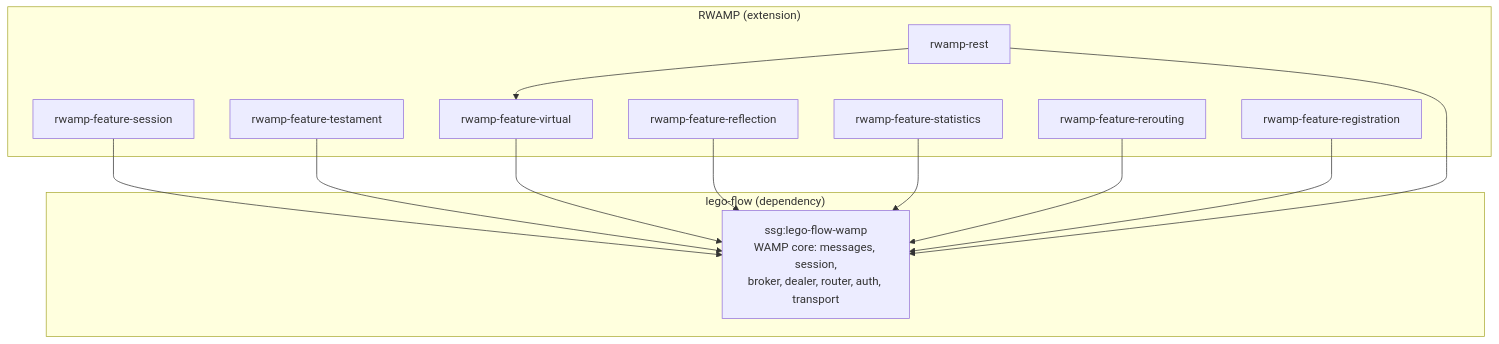
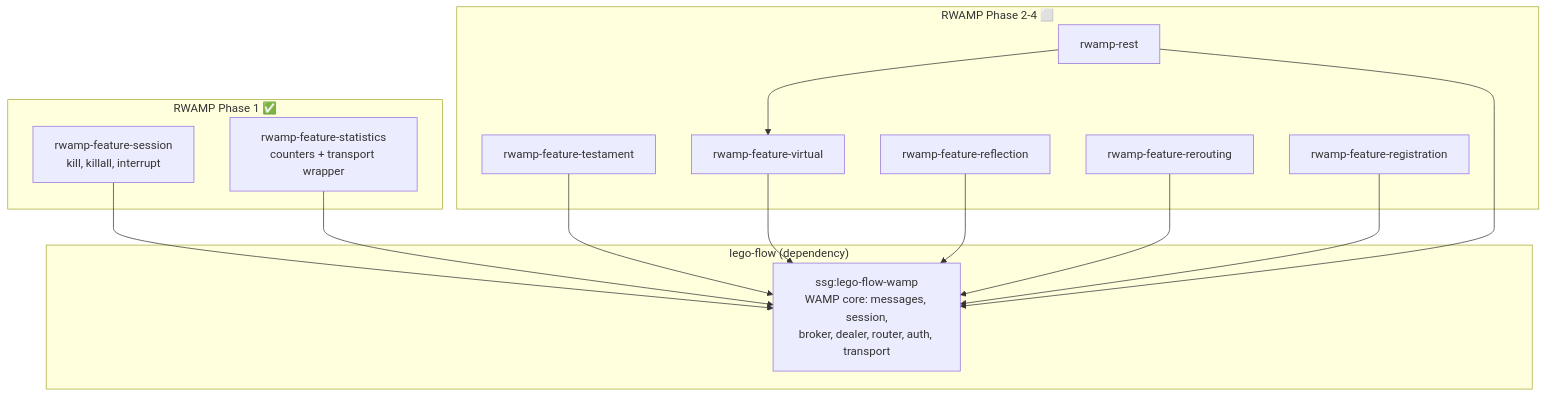
Before and after one commit to 000ssg/RWAMP: the diagram in README.md, drawn with Mermaid. The commit also changed other lines of this file and 25 other files, not shown here.

First line of the commit message:
Phase 1: Foundation — build scaffolding, session kill, statistics

````diff
--- a/README.md
+++ b/README.md
@@ -26,27 +28,30 @@
 ```mermaid
 graph TD
     subgraph "lego-flow (dependency)"
         LF["ssg:lego-flow-wamp<br/>WAMP core: messages, session,<br/>broker, dealer, router, auth, transport"]
     end
 
-    subgraph "RWAMP (extension)"
-        S["rwamp-feature-session"]
+    subgraph "RWAMP Phase 1 ✅"
+        S["rwamp-feature-session<br/>kill, killall, interrupt"]
+        ST["rwamp-feature-statistics<br/>counters + transport wrapper"]
+    end
+
+    subgraph "RWAMP Phase 2-4 ⬜"
         T["rwamp-feature-testament"]
         V["rwamp-feature-virtual"]
         R["rwamp-feature-reflection"]
-        ST["rwamp-feature-statistics"]
         RR["rwamp-feature-rerouting"]
         RG["rwamp-feature-registration"]
         REST["rwamp-rest"]
     end
 
     S --> LF
+    ST --> LF
     T --> LF
     V --> LF
     R --> LF
-    ST --> LF
     RR --> LF
     RG --> LF
     REST --> LF
     REST --> V
 ```
````
